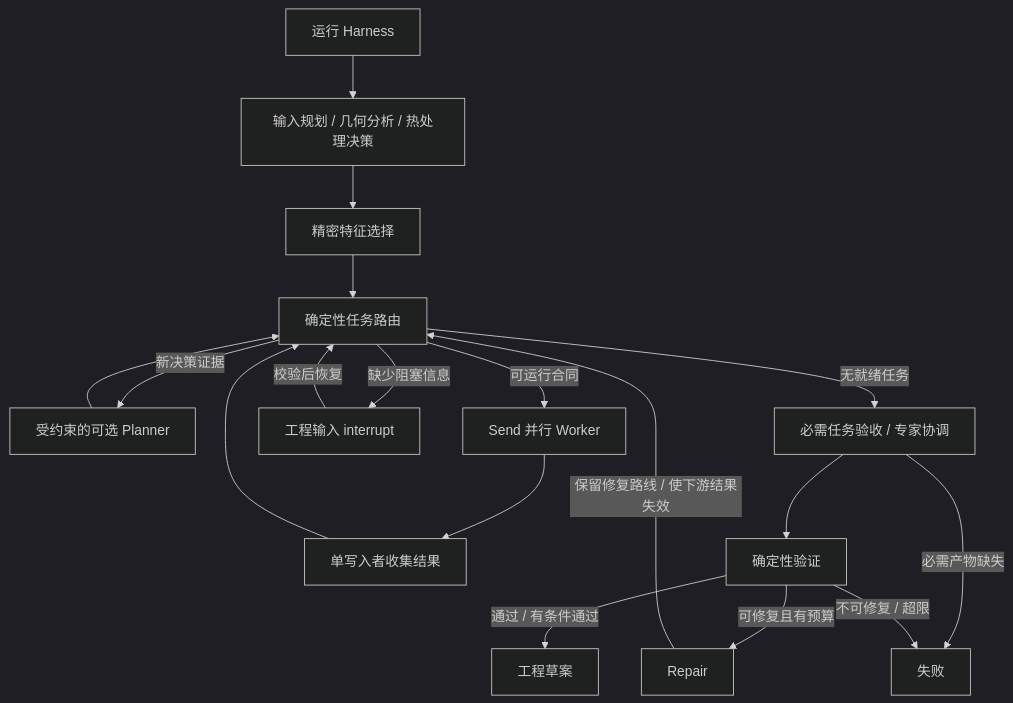
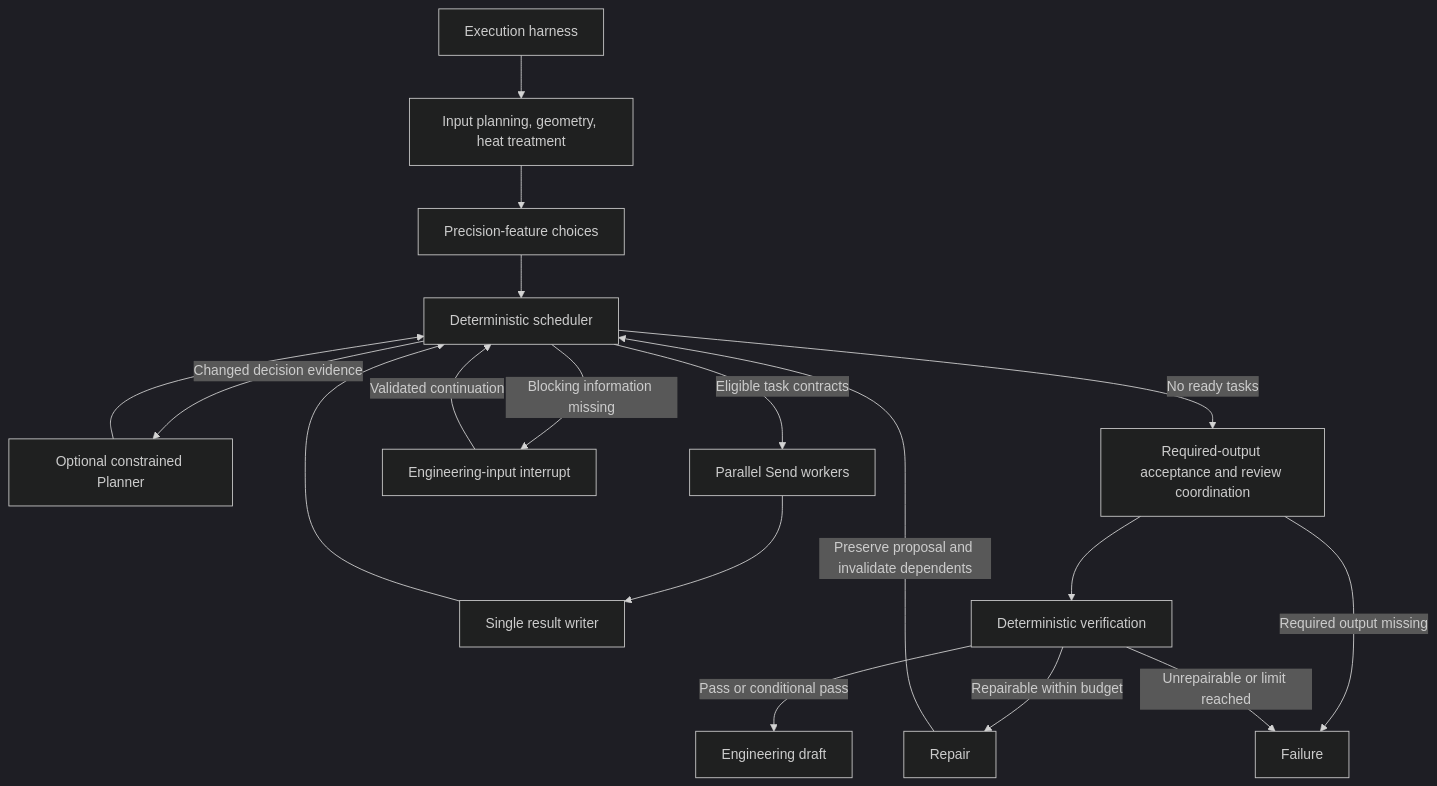
One commit to Taxueovo/Shaft-Machining-Planner changed the first of 3 diagrams in docs/langgraph-harness.md. Above: the diagram before and after it, drawn with Mermaid (dark theme). The commit also changed other lines of this file and 12 other files, not shown here.

````diff
--- a/docs/langgraph-harness.md
+++ b/docs/langgraph-harness.md
@@ -11,20 +9,20 @@
 ```mermaid
 flowchart TD
-  A[运行 Harness] --> B[输入规划 / 几何分析 / 热处理决策]
-  B --> C[精密特征选择]
-  C --> D[确定性任务路由]
-  D -->|新决策证据| P[受约束的可选 Planner]
+  A[Execution harness] --> B[Input planning, geometry, heat treatment]
+  B --> C[Precision-feature choices]
+  C --> D[Deterministic scheduler]
+  D -->|Changed decision evidence| P[Optional constrained Planner]
   P --> D
-  D -->|可运行合同| E[Send 并行 Worker]
-  E --> F[单写入者收集结果]
+  D -->|Eligible task contracts| E[Parallel Send workers]
+  E --> F[Single result writer]
   F --> D
-  D -->|缺少阻塞信息| H[工程输入 interrupt]
-  H -->|校验后恢复| D
-  D -->|无就绪任务| G[必需任务验收 / 专家协调]
-  G --> V[确定性验证]
-  V -->|可修复且有预算| R[Repair]
-  R -->|保留修复路线 / 使下游结果失效| D
-  V -->|通过 / 有条件通过| X[工程草案]
-  G -->|必需产物缺失| Z[失败]
-  V -->|不可修复 / 超限| Z
+  D -->|Blocking information missing| H[Engineering-input interrupt]
+  H -->|Validated continuation| D
+  D -->|No ready tasks| G[Required-output acceptance and review coordination]
+  G --> V[Deterministic verification]
+  V -->|Repairable within budget| R[Repair]
+  R -->|Preserve proposal and invalidate dependents| D
+  V -->|Pass or conditional pass| X[Engineering draft]
+  G -->|Required output missing| Z[Failure]
+  V -->|Unrepairable or limit reached| Z
 ```
````
